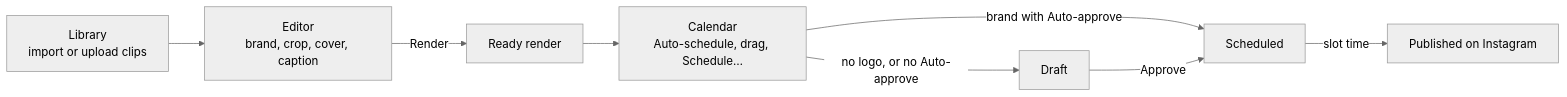
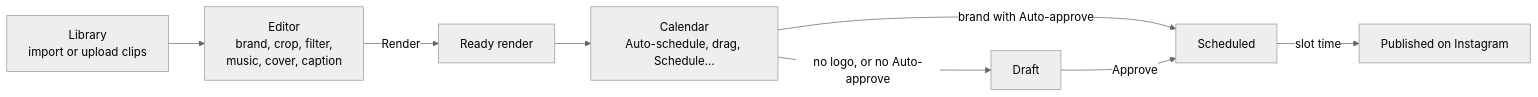
One commit to paramshah07/Marketing-and-Clipping-Platform changed the second of 10 diagrams in docs/workflows.md. Above: the diagram before and after it, drawn with Mermaid (neutral theme). The commit also changed other lines of this file and 43 other files, not shown here.

````diff
--- a/docs/workflows.md
+++ b/docs/workflows.md
@@ -73,10 +75,10 @@
 ```mermaid
 flowchart LR
-  lib["Library<br/>import or upload clips"] --> ed["Editor<br/>brand, crop, cover, caption"]
+  lib["Library<br/>import or upload clips"] --> ed["Editor<br/>brand, crop, filter,<br/>music, cover, caption"]
   ed -->|Render| ready["Ready render"]
   ready --> cal["Calendar<br/>Auto-schedule, drag, Schedule…"]
   cal -->|"no logo, or no Auto-approve"| draft["Draft"]
   cal -->|"brand with Auto-approve"| sched["Scheduled"]
   draft -->|Approve| sched
   sched -->|"slot time"| pub["Published on Instagram"]
 ```
````
